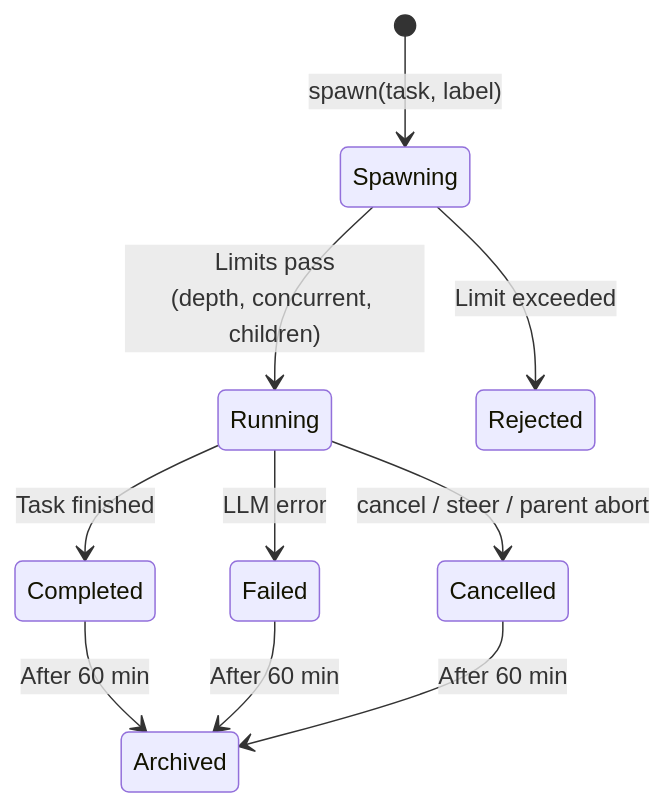
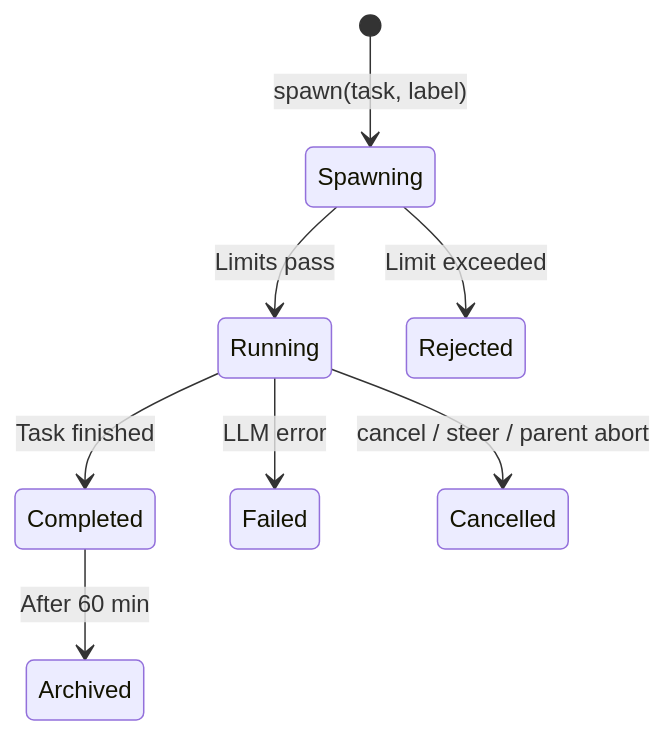
The fifth of 5 diagrams in docs/03-tools-system.md (qkhalk/goclaw), drawn with Mermaid before and after one commit. The commit also changed other lines of this file, not shown here.

````diff
--- a/docs/03-tools-system.md
+++ b/docs/03-tools-system.md
@@ -464,14 +485,10 @@
 ```mermaid
 stateDiagram-v2
     [*] --> Spawning: spawn(task, label)
-    Spawning --> Running: Limits pass<br/>(depth, concurrent, children)
+    Spawning --> Running: Limits pass
     Spawning --> Rejected: Limit exceeded
-
     Running --> Completed: Task finished
     Running --> Failed: LLM error
     Running --> Cancelled: cancel / steer / parent abort
-
     Completed --> Archived: After 60 min
-    Failed --> Archived: After 60 min
-    Cancelled --> Archived: After 60 min
 ```
````
